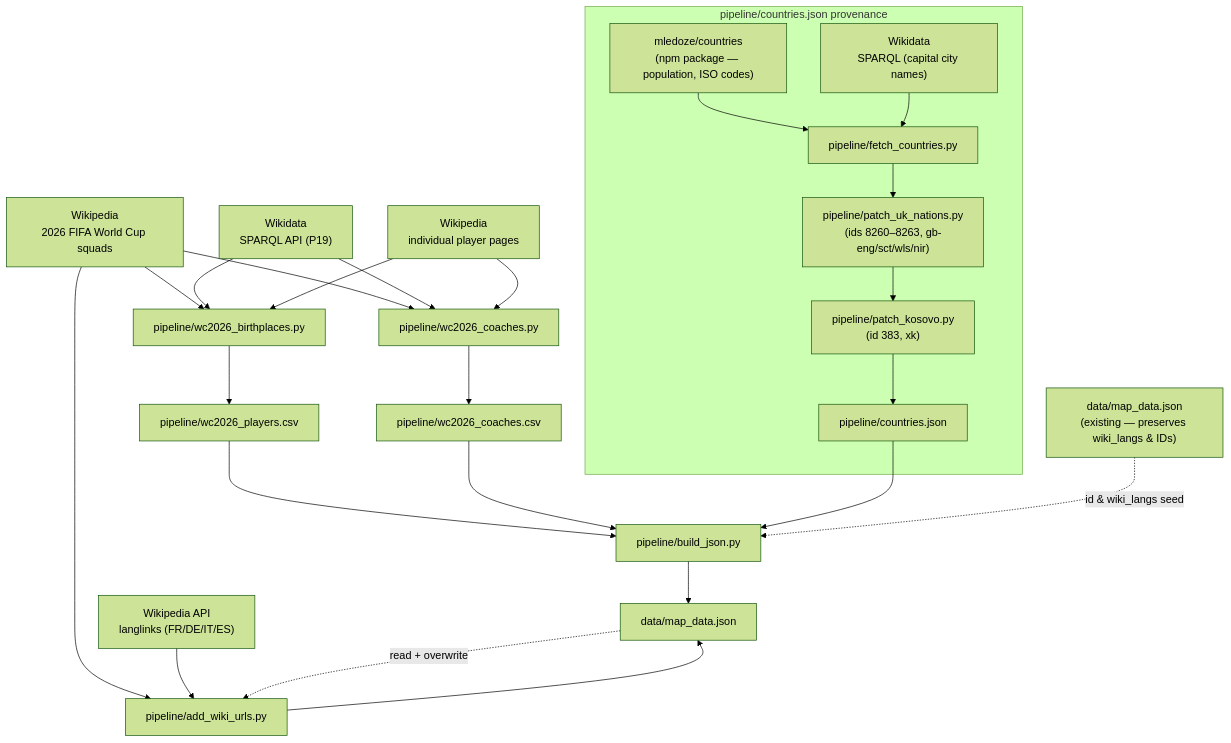
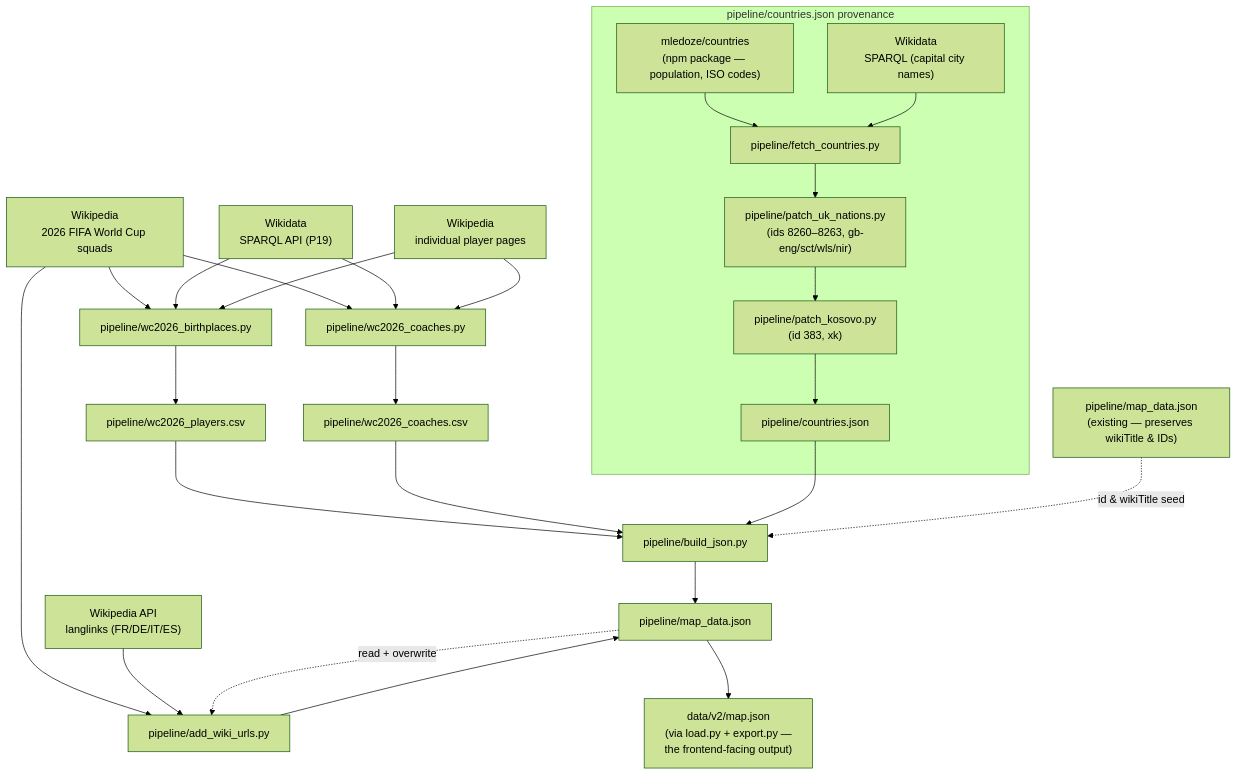
Before and after one commit to born-in-plays-for/mundial-build: the diagram in map_data.md, drawn with Mermaid (forest theme). The commit also changed other lines of this file and 14 other files, not shown here.

First line of the commit message:
Move old-format wiki/map data from data/ submodule into pipeline/

````diff
--- a/map_data.md
+++ b/map_data.md
@@ -7,54 +14,56 @@
 ```mermaid
 flowchart TD
     WP["Wikipedia\n2026 FIFA World Cup squads"]
     WD["Wikidata\nSPARQL API (P19)"]
     WPP["Wikipedia\nindividual player pages"]
     WPA["Wikipedia API\nlanglinks (FR/DE/IT/ES)"]
-    EJ["data/map_data.json\n(existing — preserves wiki_langs & IDs)"]
+    EJ["pipeline/map_data.json\n(existing — preserves wikiTitle & IDs)"]
 
     subgraph countries ["pipeline/countries.json provenance"]
         ML["mledoze/countries\n(npm package — population, ISO codes)"]
         WDC["Wikidata\nSPARQL (capital city names)"]
         FC["pipeline/fetch_countries.py"]
         PUK["pipeline/patch_uk_nations.py\n(ids 8260–8263, gb-eng/sct/wls/nir)"]
         PKC["pipeline/patch_kosovo.py\n(id 383, xk)"]
         CJ["pipeline/countries.json"]
 
         ML --> FC
         WDC --> FC
         FC --> PUK
         PUK --> PKC
         PKC --> CJ
     end
 
     BP["pipeline/wc2026_birthplaces.py"]
     CP["pipeline/wc2026_coaches.py"]
     BJ["pipeline/build_json.py"]
     WU["pipeline/add_wiki_urls.py"]
 
     PC["pipeline/wc2026_players.csv"]
     CC["pipeline/wc2026_coaches.csv"]
 
-    OUT["data/map_data.json"]
+    OUT["pipeline/map_data.json"]
+    V2["data/v2/map.json\n(via load.py + export.py —\nthe frontend-facing output)"]
 
     WP --> BP
     WD --> BP
     WPP --> BP
     BP --> PC
 
     WP --> CP
     WD --> CP
     WPP --> CP
     CP --> CC
 
     PC --> BJ
     CC --> BJ
     CJ --> BJ
-    EJ -.->|id & wiki_langs seed| BJ
+    EJ -.->|id & wikiTitle seed| BJ
     BJ --> OUT
 
     WP --> WU
     WPA --> WU
     OUT -.->|read + overwrite| WU
     WU --> OUT
+    OUT --> V2
 ```
````
